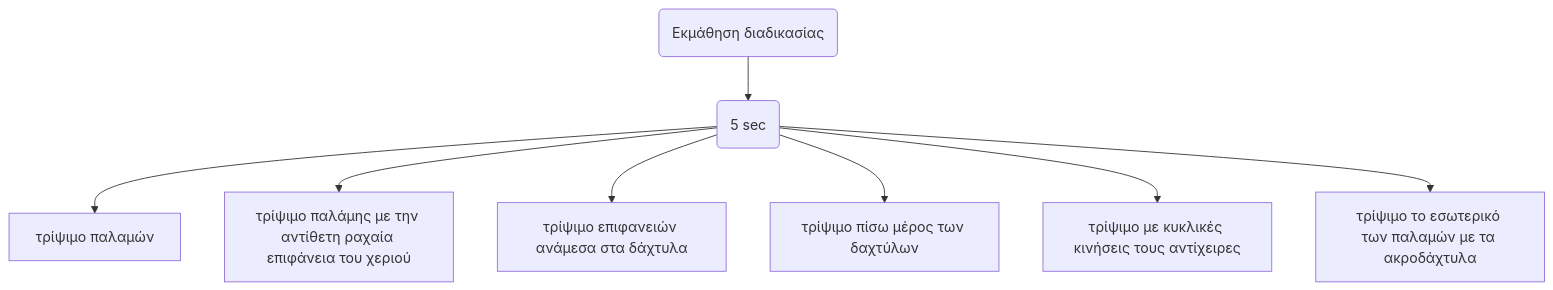
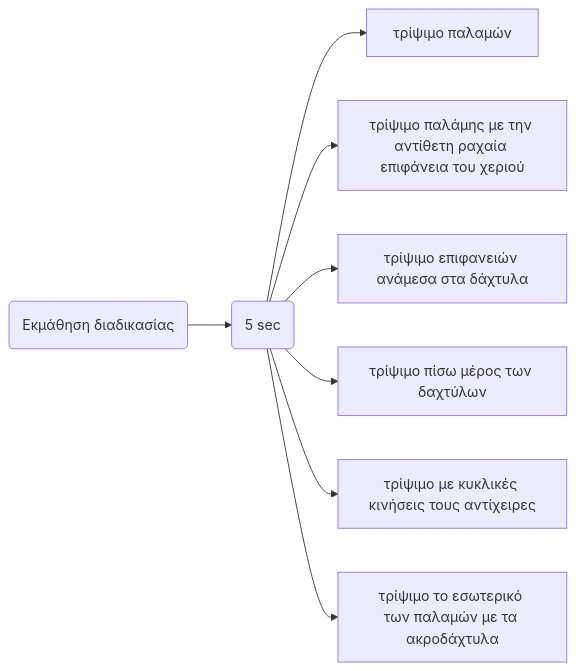
One commit to Ebabouraki/Interaction-Design-Project-Assignment changed the second of 5 diagrams in our_report/README.md. Above: the diagram before and after it, drawn with Mermaid.

````diff
--- a/our_report/README.md
+++ b/our_report/README.md
@@ -216,11 +216,11 @@
 ``` mermaid
-graph TB
+graph LR
 A(Εκμάθηση διαδικασίας) --> B[5 sec]
 B( 5 sec) --> C[τρίψιμο παλαμών]
 B( 5 sec) --> D[τρίψιμο παλάμης με την αντίθετη ραχαία επιφάνεια του χεριού]
 B( 5 sec) --> G[ τρίψιμο επιφανειών ανάμεσα στα δάχτυλα]
 B( 5 sec) --> H[τρίψιμο πίσω μέρος των δαχτύλων]
 B( 5 sec) --> I[τρίψιμο με κυκλικές κινήσεις τους αντίχειρες]
 B( 5 sec) --> K[τρίψιμο το εσωτερικό των παλαμών με τα ακροδάχτυλα]
 
 ```
````
